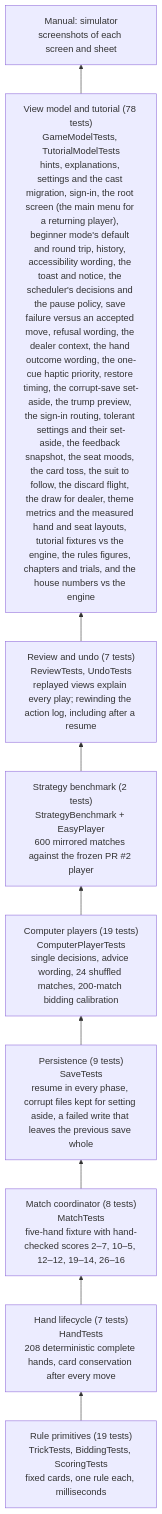
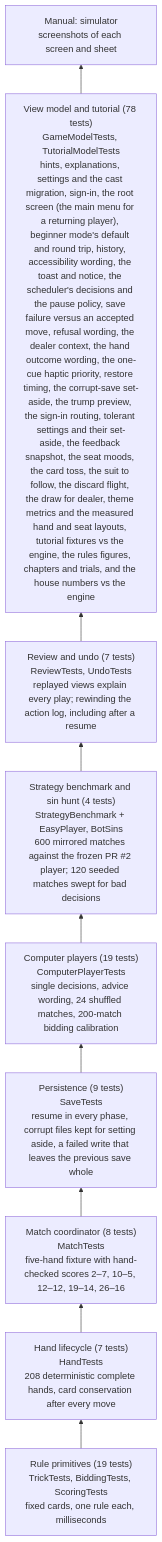
The first of 2 diagrams in docs/testing.md (cmurphy1140/catch-5), drawn with Mermaid before and after one commit. The commit also changed other lines of this file and 4 other files, not shown here.

First line of the commit message:
Hunt the computer's bad decisions so they can be flagged and fixed (#46)

````diff
--- a/docs/testing.md
+++ b/docs/testing.md
@@ -40,13 +40,13 @@
 ```mermaid
 flowchart BT
     L1["Rule primitives (19 tests)<br/>TrickTests, BiddingTests, ScoringTests<br/>fixed cards, one rule each, milliseconds"]
     L2["Hand lifecycle (7 tests)<br/>HandTests<br/>208 deterministic complete hands, card conservation after every move"]
     L3["Match coordinator (8 tests)<br/>MatchTests<br/>five-hand fixture with hand-checked scores 2–7, 10–5, 12–12, 19–14, 26–16"]
     L4["Persistence (9 tests)<br/>SaveTests<br/>resume in every phase, corrupt files kept for setting aside, a failed write that leaves the previous save whole"]
     L5["Computer players (19 tests)<br/>ComputerPlayerTests<br/>single decisions, advice wording, 24 shuffled matches, 200-match bidding calibration"]
-    L5b["Strategy benchmark (2 tests)<br/>StrategyBenchmark + EasyPlayer<br/>600 mirrored matches against the frozen PR #2 player"]
+    L5b["Strategy benchmark and sin hunt (4 tests)<br/>StrategyBenchmark + EasyPlayer, BotSins<br/>600 mirrored matches against the frozen PR #2 player; 120 seeded matches swept for bad decisions"]
     L5c["Review and undo (7 tests)<br/>ReviewTests, UndoTests<br/>replayed views explain every play; rewinding the action log, including after a resume"]
     L6["View model and tutorial (78 tests)<br/>GameModelTests, TutorialModelTests<br/>hints, explanations, settings and the cast migration, sign-in, the root screen (the main menu for a returning player), beginner mode's default and round trip, history, accessibility wording, the toast and notice, the scheduler's decisions and the pause policy, save failure versus an accepted move, refusal wording, the dealer context, the hand outcome wording, the one-cue haptic priority, restore timing, the corrupt-save set-aside, the trump preview, the sign-in routing, tolerant settings and their set-aside, the feedback snapshot, the seat moods, the card toss, the suit to follow, the discard flight, the draw for dealer, theme metrics and the measured hand and seat layouts, tutorial fixtures vs the engine, the rules figures, chapters and trials, and the house numbers vs the engine"]
     L7["Manual: simulator<br/>screenshots of each screen and sheet"]
     L1 --> L2 --> L3 --> L4 --> L5 --> L5b --> L5c --> L6 --> L7
 ```
````
